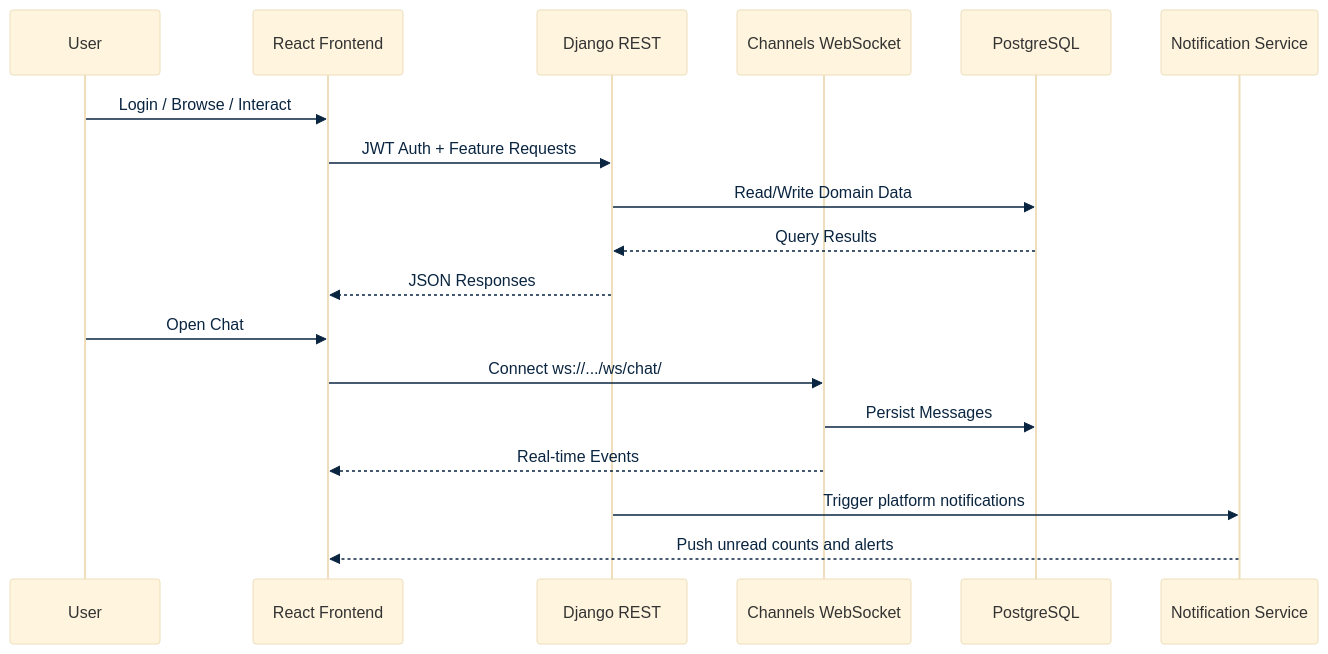
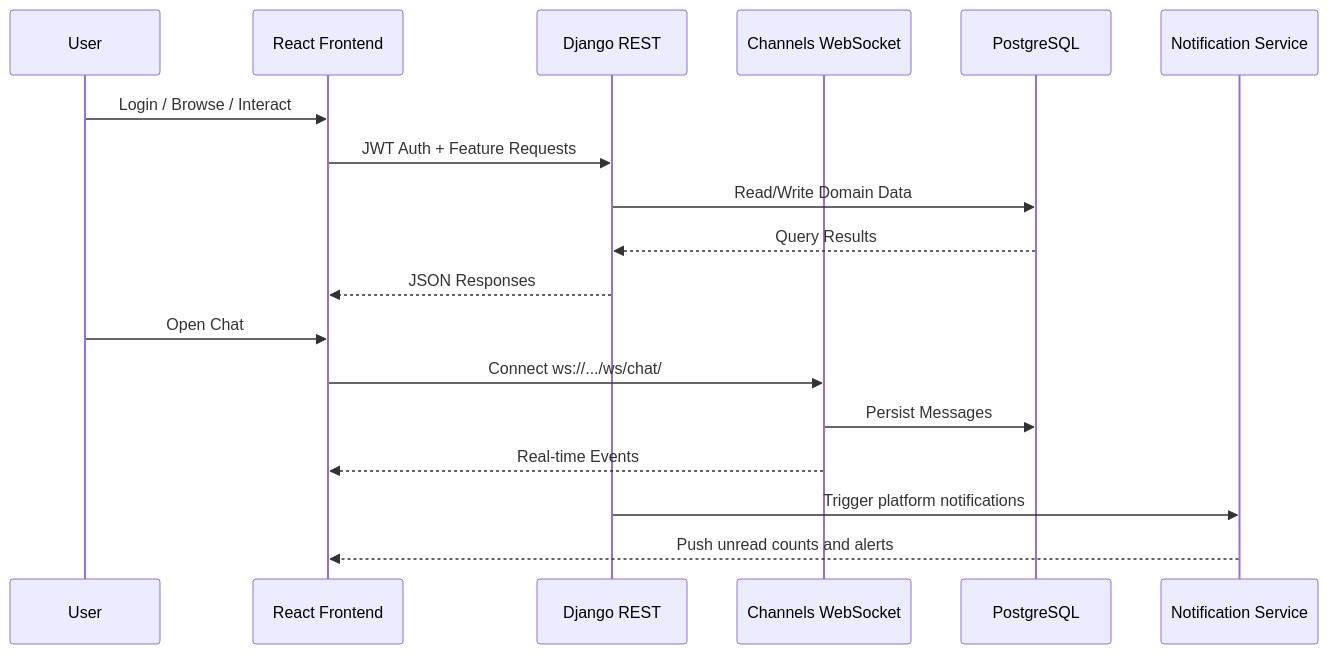
The second of 3 diagrams in README.md (asef69/Core-BUETian--Your-BUETian-Social-Media-App), drawn with Mermaid before and after one commit. The commit also changed other lines of this file, not shown here.

````diff
--- a/README.md
+++ b/README.md
@@ -71,22 +70,21 @@
 ```mermaid
-%%{init: {'theme':'base','themeVariables': { 'fontFamily': 'Segoe UI', 'lineColor': '#2F5D7C', 'textColor': '#0A2540' }}}%%
 sequenceDiagram
     participant User
     participant UI as React Frontend
     participant API as Django REST
     participant WS as Channels WebSocket
     participant DB as PostgreSQL
     participant NT as Notification Service
 
     User->>UI: Login / Browse / Interact
     UI->>API: JWT Auth + Feature Requests
     API->>DB: Read/Write Domain Data
     DB-->>API: Query Results
     API-->>UI: JSON Responses
     User->>UI: Open Chat
     UI->>WS: Connect ws://.../ws/chat/
     WS->>DB: Persist Messages
     WS-->>UI: Real-time Events
     API->>NT: Trigger platform notifications
     NT-->>UI: Push unread counts and alerts
 ```
````
